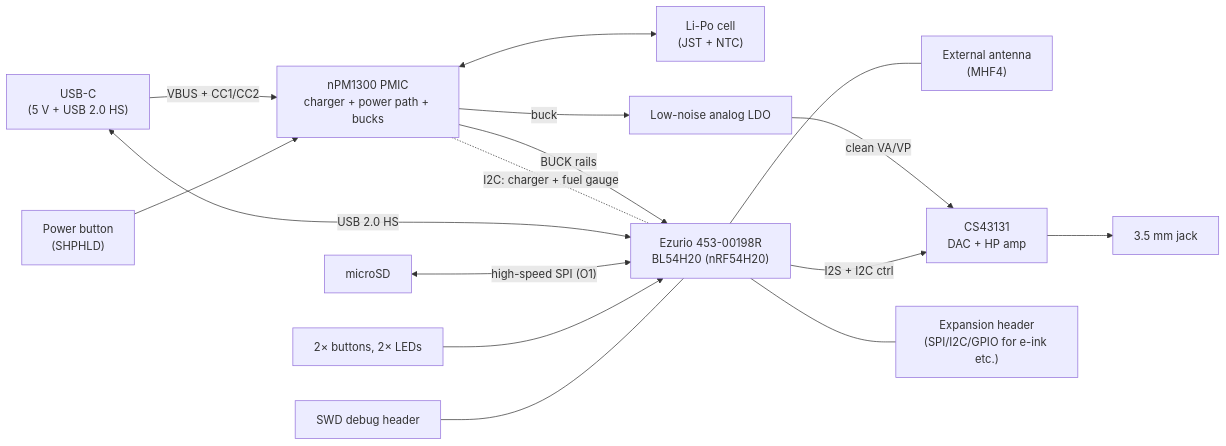
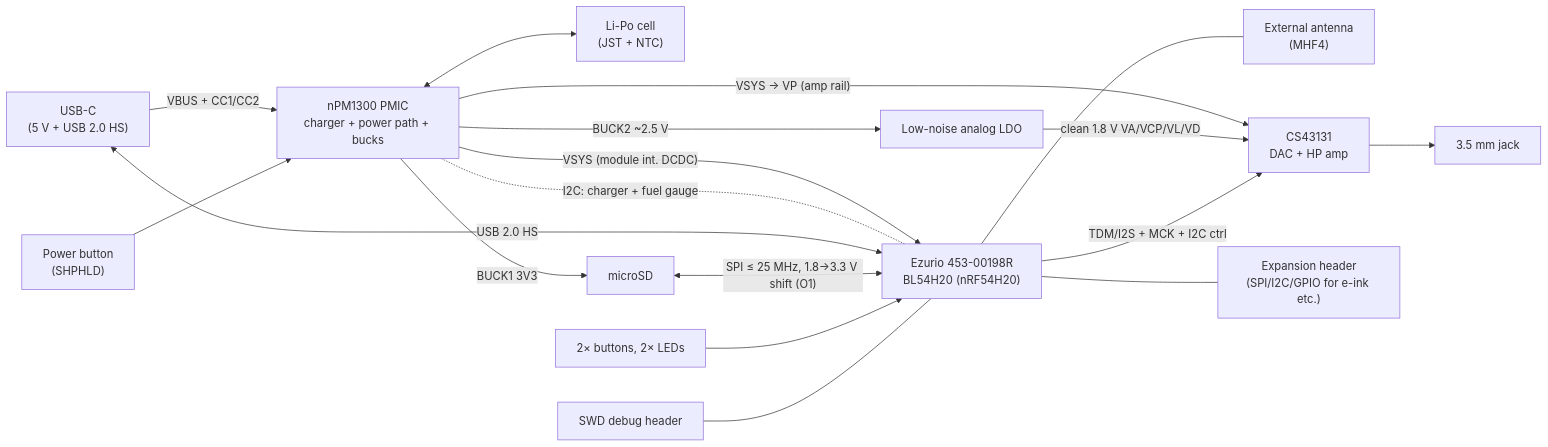
The diagram in POC1.md (hoover55/osap), drawn with Mermaid before and after one commit. The commit also changed other lines of this file and 1 other file, not shown here.

````diff
--- a/POC1.md
+++ b/POC1.md
@@ -41,30 +42,32 @@
 ```mermaid
 flowchart LR
     USBC["USB-C<br/>(5 V + USB 2.0 HS)"]
     PMIC["nPM1300 PMIC<br/>charger + power path + bucks"]
     BATT["Li-Po cell<br/>(JST + NTC)"]
     PWRB["Power button<br/>(SHPHLD)"]
     REG["Low-noise analog LDO"]
     MOD["Ezurio 453-00198R<br/>BL54H20 (nRF54H20)"]
     ANTE["External antenna<br/>(MHF4)"]
     DAC["CS43131<br/>DAC + HP amp"]
     JACK["3.5 mm jack"]
     SD["microSD"]
     UI["2× buttons, 2× LEDs"]
     SWD["SWD debug header"]
     EXP["Expansion header<br/>(SPI/I2C/GPIO for e-ink etc.)"]
 
     USBC -- "VBUS + CC1/CC2" --> PMIC
     PMIC <--> BATT
     PWRB --> PMIC
-    PMIC -- "BUCK rails" --> MOD
-    PMIC -- "buck" --> REG -- "clean VA/VP" --> DAC
+    PMIC -- "VSYS (module int. DCDC)" --> MOD
+    PMIC -- "BUCK1 3V3" --> SD
+    PMIC -- "VSYS → VP (amp rail)" --> DAC
+    PMIC -- "BUCK2 ~2.5 V" --> REG -- "clean 1.8 V VA/VCP/VL/VD" --> DAC
     PMIC -. "I2C: charger + fuel gauge" .- MOD
     USBC <-- "USB 2.0 HS" --> MOD
-    MOD -- "I2S + I2C ctrl" --> DAC --> JACK
-    SD <-- "high-speed SPI (O1)" --> MOD
+    MOD -- "TDM/I2S + MCK + I2C ctrl" --> DAC --> JACK
+    SD <-- "SPI ≤ 25 MHz, 1.8→3.3 V shift (O1)" --> MOD
     UI --> MOD
     SWD --- MOD
     MOD --- ANTE
     MOD --- EXP
 ```
````
